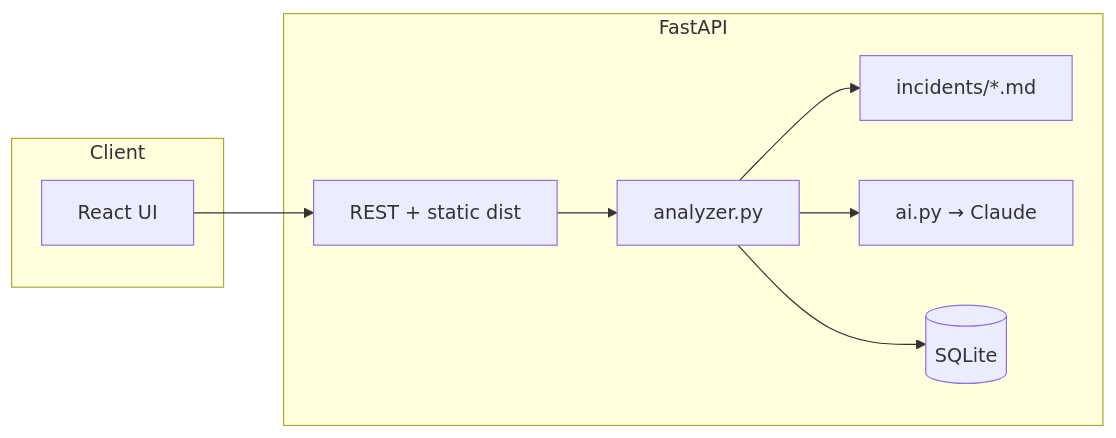
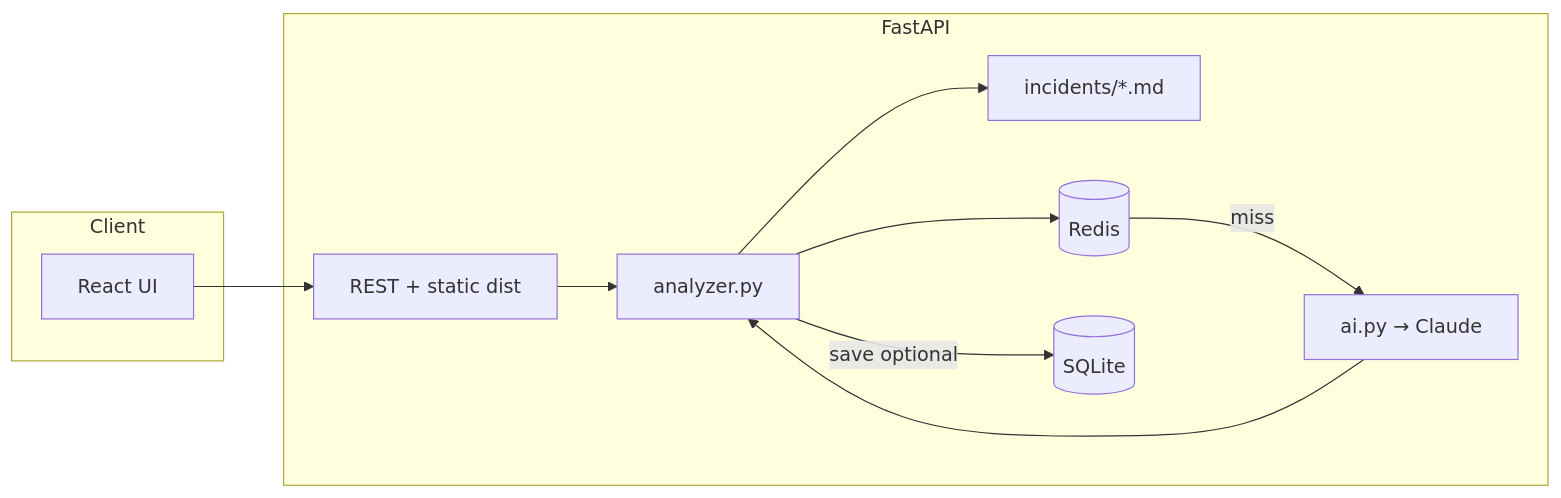
Before and after one commit to manavmalavia18/DebugPilot: the first of 2 diagrams in README.md, drawn with Mermaid. The commit also changed other lines of this file, not shown here.

First line of the commit message:
docs: expand README for Redis analysis cache.

````diff
--- a/README.md
+++ b/README.md
@@ -181,18 +181,21 @@
 ```mermaid
 flowchart LR
   subgraph client [Client]
     UI[React UI]
   end
   subgraph api [FastAPI]
     Routes[REST + static dist]
     Analyzer[analyzer.py]
     Playbooks[incidents/*.md]
+    Cache[(Redis)]
     AI[ai.py → Claude]
     DB[(SQLite)]
   end
   UI --> Routes
   Routes --> Analyzer
   Analyzer --> Playbooks
-  Analyzer --> AI
-  Analyzer --> DB
+  Analyzer --> Cache
+  Cache -->|miss| AI
+  AI --> Analyzer
+  Analyzer -->|save optional| DB
 ```
````
